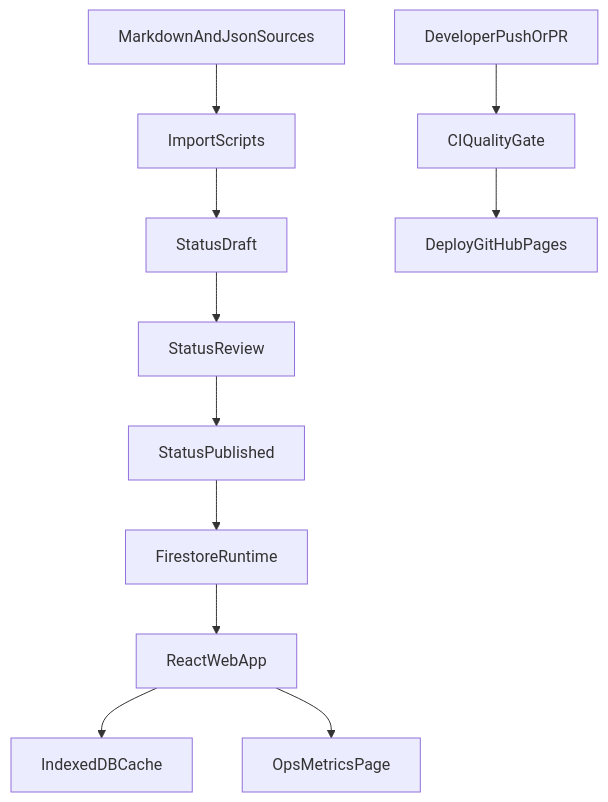
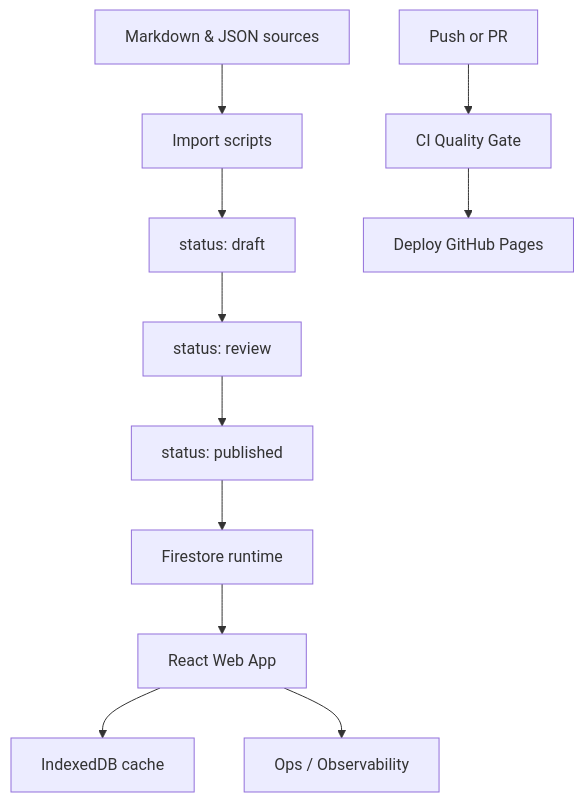
The diagram in README.md (Kaliguri/E-Magios-Core-Site), drawn with Mermaid before and after one commit. The commit also changed other lines of this file, not shown here.

````diff
--- a/README.md
+++ b/README.md
@@ -17,13 +128,13 @@
 ```mermaid
 flowchart TD
-  ContentSource[MarkdownAndJsonSources] --> ImportScripts[ImportScripts]
-  ImportScripts --> DraftDocs[StatusDraft]
-  DraftDocs --> ReviewDocs[StatusReview]
-  ReviewDocs --> PublishedDocs[StatusPublished]
-  PublishedDocs --> FirestoreRuntime[FirestoreRuntime]
-  FirestoreRuntime --> WebApp[ReactWebApp]
-  WebApp --> IndexedDBCache[IndexedDBCache]
-  WebApp --> OpsMetrics[OpsMetricsPage]
-  DevPush[DeveloperPushOrPR] --> CIQualityGate[CIQualityGate]
-  CIQualityGate --> DeployPages[DeployGitHubPages]
+  ContentSource[Markdown & JSON sources] --> ImportScripts[Import scripts]
+  ImportScripts --> DraftDocs[status: draft]
+  DraftDocs --> ReviewDocs[status: review]
+  ReviewDocs --> PublishedDocs[status: published]
+  PublishedDocs --> FirestoreRuntime[Firestore runtime]
+  FirestoreRuntime --> WebApp[React Web App]
+  WebApp --> IndexedDBCache[IndexedDB cache]
+  WebApp --> OpsMetrics[Ops / Observability]
+  DevPush[Push or PR] --> CIQualityGate[CI Quality Gate]
+  CIQualityGate --> DeployPages[Deploy GitHub Pages]
 ```
````
